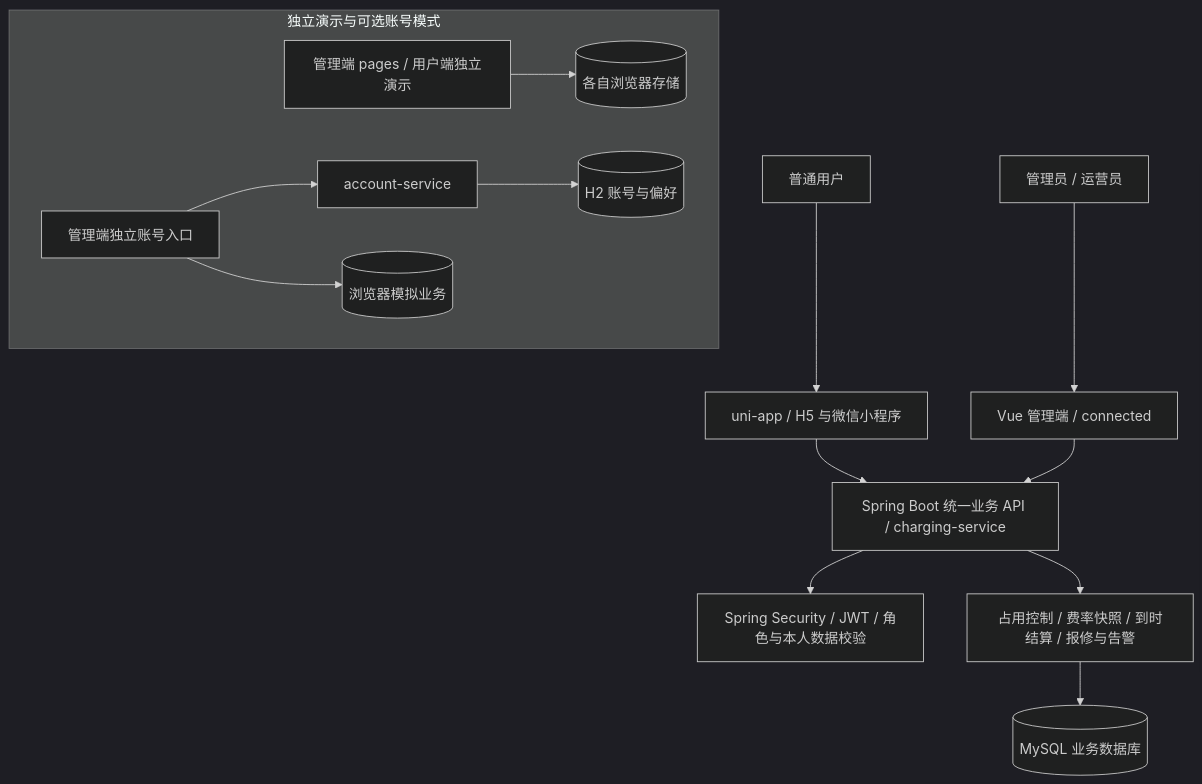
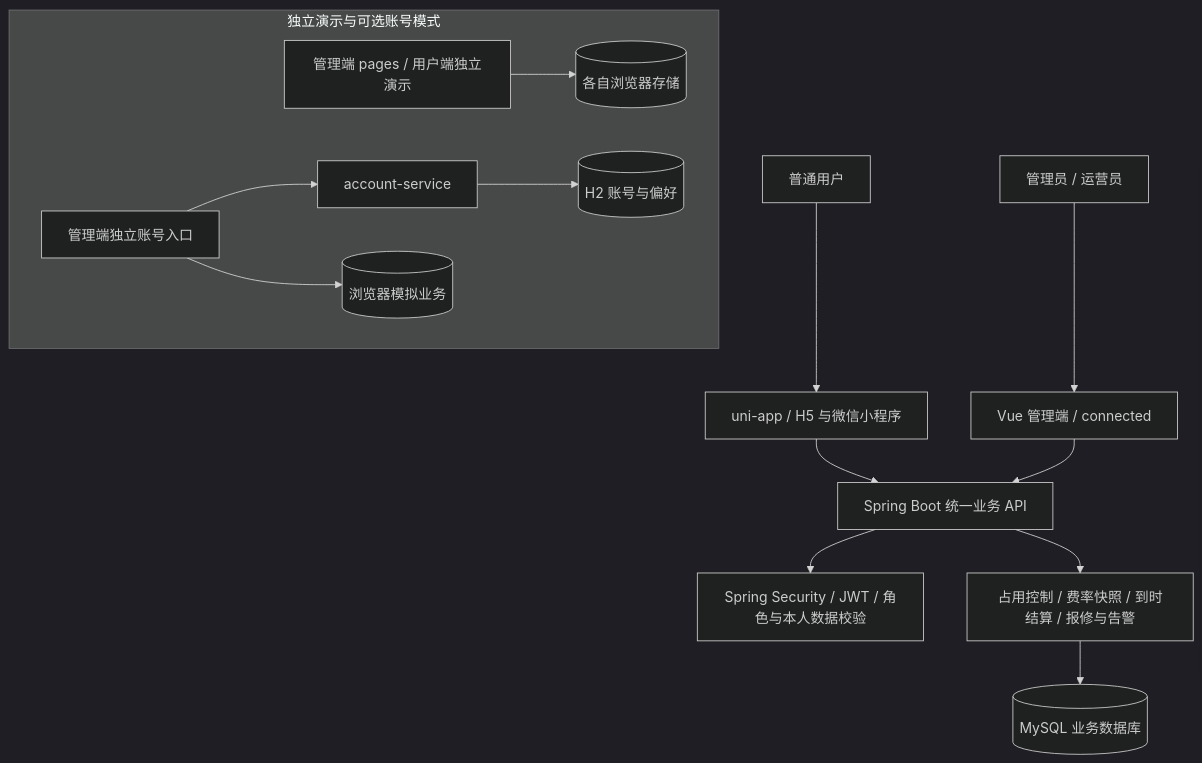
The second of 4 diagrams in README.md (ifox-hu/campus-ebike-charging), drawn with Mermaid (dark theme) before and after one commit. The commit also changed other lines of this file and 45 other files, not shown here.

````diff
--- a/README.md
+++ b/README.md
@@ -164,16 +184,16 @@
 ```mermaid
 flowchart TB
   User["普通用户"] --> Mobile["uni-app / H5 与微信小程序"]
   Staff["管理员 / 运营员"] --> Admin["Vue 管理端 / connected"]
-  Mobile --> API["Spring Boot 统一业务 API / charging-service"]
+  Mobile --> API["Spring Boot 统一业务 API"]
   Admin --> API
   API --> Auth["Spring Security / JWT / 角色与本人数据校验"]
   API --> Rules["占用控制 / 费率快照 / 到时结算 / 报修与告警"]
   Rules --> MySQL[("MySQL 业务数据库")]
   subgraph Optional["独立演示与可选账号模式"]
     Demo["管理端 pages / 用户端独立演示"] --> Local[("各自浏览器存储")]
     AccountFront["管理端独立账号入口"] --> Account["account-service"]
     Account --> H2[("H2 账号与偏好")]
     AccountFront --> Browser[("浏览器模拟业务")]
   end
 ```
````
